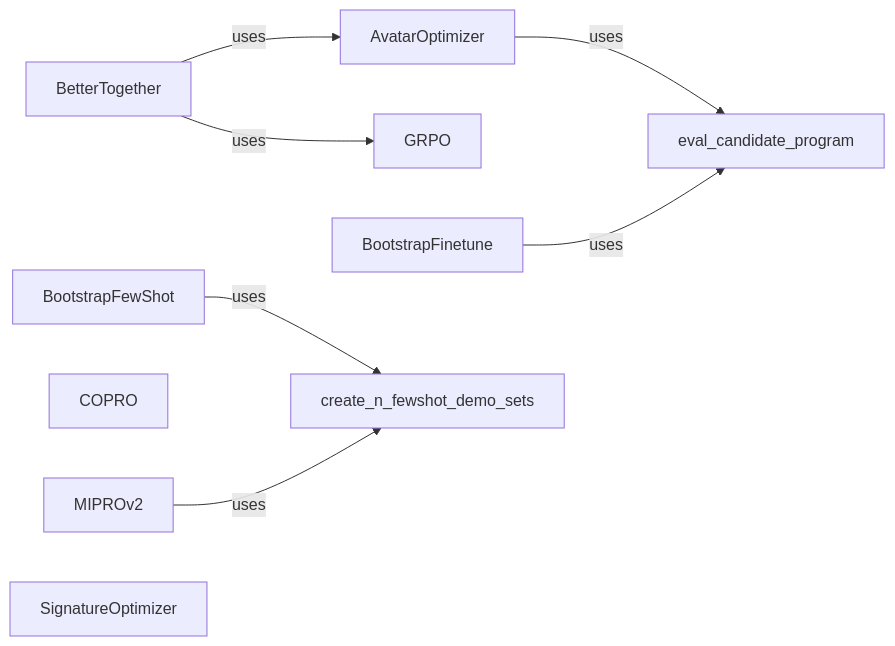
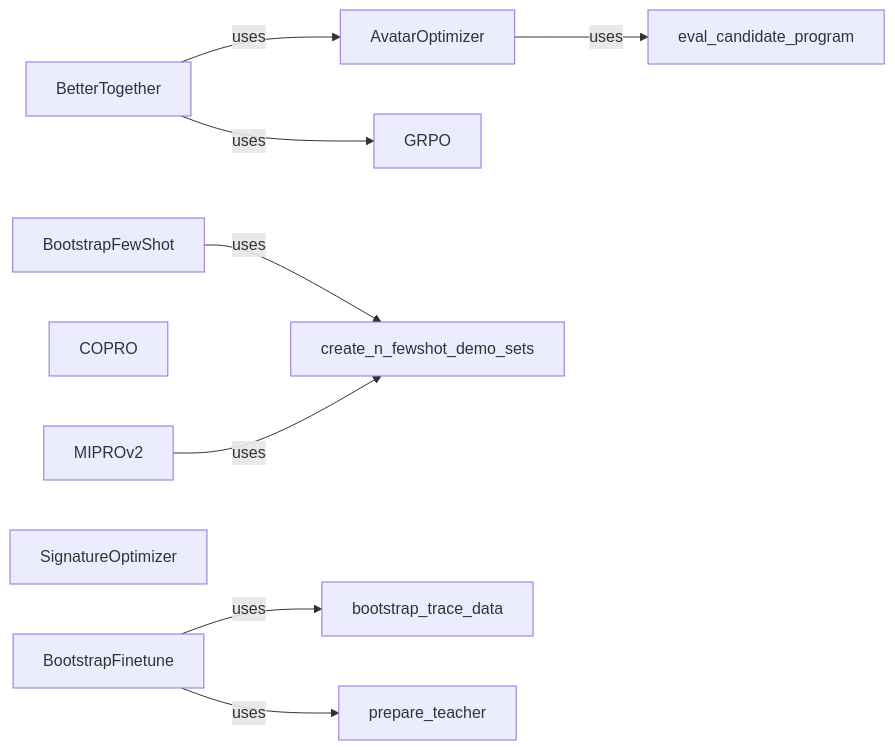
One commit to CodeBoarding/GeneratedOnBoardings changed the diagram in dspy/Prompt Optimization and Teleprompting.md. Above: the diagram before and after it, drawn with Mermaid. The commit also changed other lines of this file and 5 other files, not shown here.

````diff
--- a/dspy/Prompt Optimization and Teleprompting.md
+++ b/dspy/Prompt Optimization and Teleprompting.md
@@ -1,17 +1,18 @@
 ```mermaid
 graph LR
     BootstrapFewShot["BootstrapFewShot"]
     MIPROv2["MIPROv2"]
     COPRO["COPRO"]
     AvatarOptimizer["AvatarOptimizer"]
     GRPO["GRPO"]
     BetterTogether["BetterTogether"]
     SignatureOptimizer["SignatureOptimizer"]
     BootstrapFinetune["BootstrapFinetune"]
+    BootstrapFewShot -- "uses" --> create_n_fewshot_demo_sets
+    MIPROv2 -- "uses" --> create_n_fewshot_demo_sets
     AvatarOptimizer -- "uses" --> eval_candidate_program
-    BootstrapFinetune -- "uses" --> eval_candidate_program
-    BootstrapFewShot -- "uses" --> create_n_fewshot_demo_sets
     BetterTogether -- "uses" --> AvatarOptimizer
     BetterTogether -- "uses" --> GRPO
-    MIPROv2 -- "uses" --> create_n_fewshot_demo_sets
+    BootstrapFinetune -- "uses" --> bootstrap_trace_data
+    BootstrapFinetune -- "uses" --> prepare_teacher
 ```
````
